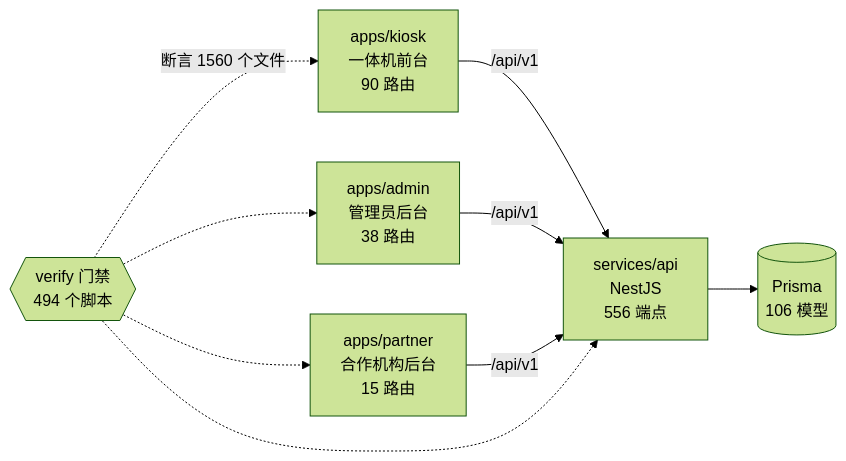
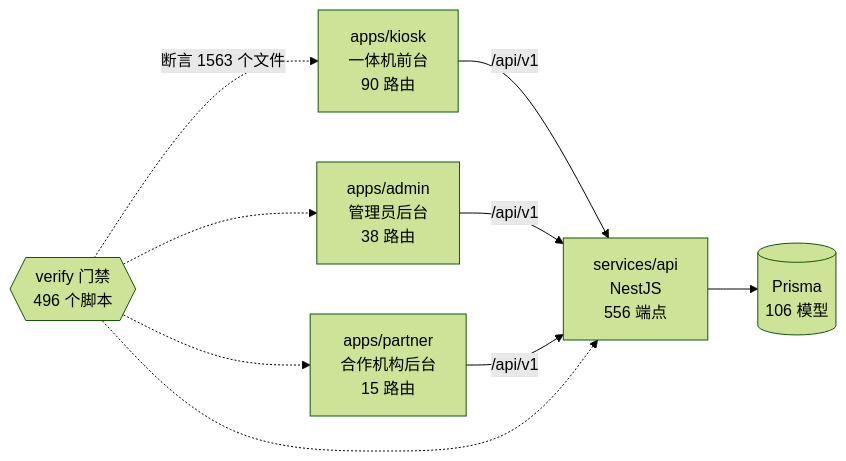
Before and after one commit to wanglei581/YITIJI: the diagram in docs/graph/README.md, drawn with Mermaid (forest theme). The commit also changed other lines of this file and 6 other files, not shown here.

````diff
--- a/docs/graph/README.md
+++ b/docs/graph/README.md
@@ -68,18 +68,18 @@
 ```mermaid
 flowchart LR
   kiosk["apps/kiosk<br/>一体机前台<br/>90 路由"]
   admin["apps/admin<br/>管理员后台<br/>38 路由"]
   partner["apps/partner<br/>合作机构后台<br/>15 路由"]
   api["services/api<br/>NestJS<br/>556 端点"]
   db[("Prisma<br/>106 模型")]
-  gates{{"verify 门禁<br/>494 个脚本"}}
+  gates{{"verify 门禁<br/>496 个脚本"}}
 
   kiosk -->|"/api/v1"| api
   admin -->|"/api/v1"| api
   partner -->|"/api/v1"| api
   api --> db
-  gates -.->|"断言 1560 个文件"| kiosk
+  gates -.->|"断言 1563 个文件"| kiosk
   gates -.-> admin
   gates -.-> partner
   gates -.-> api
 ```
````
